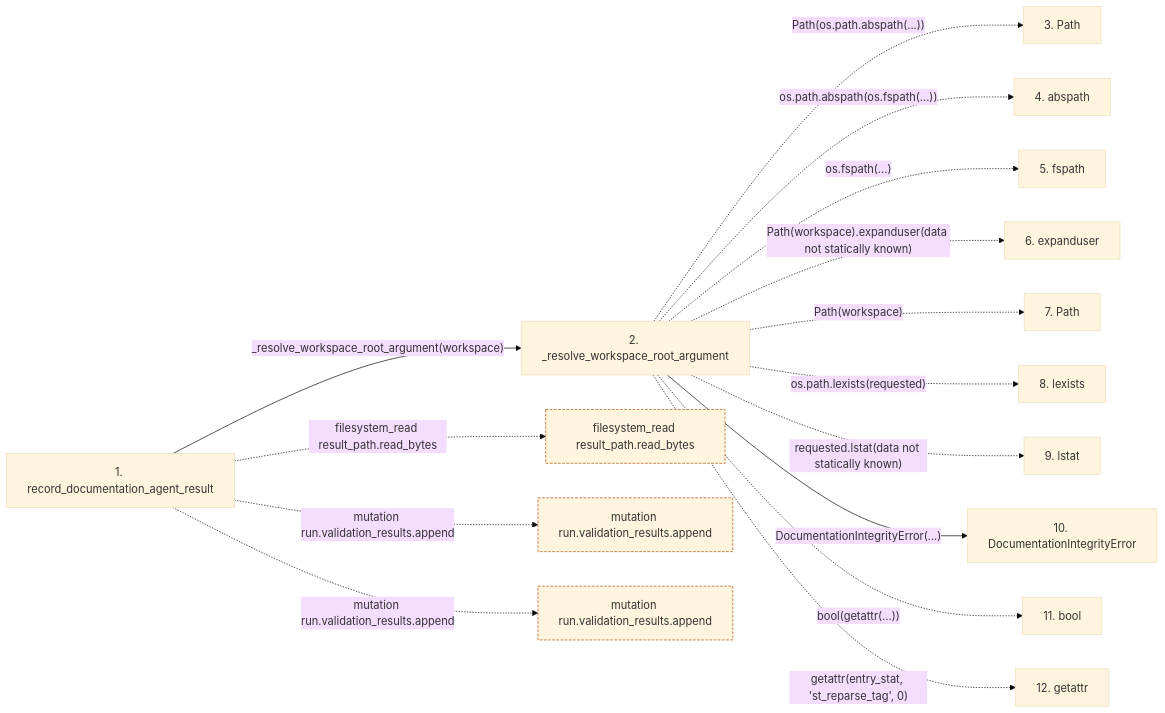
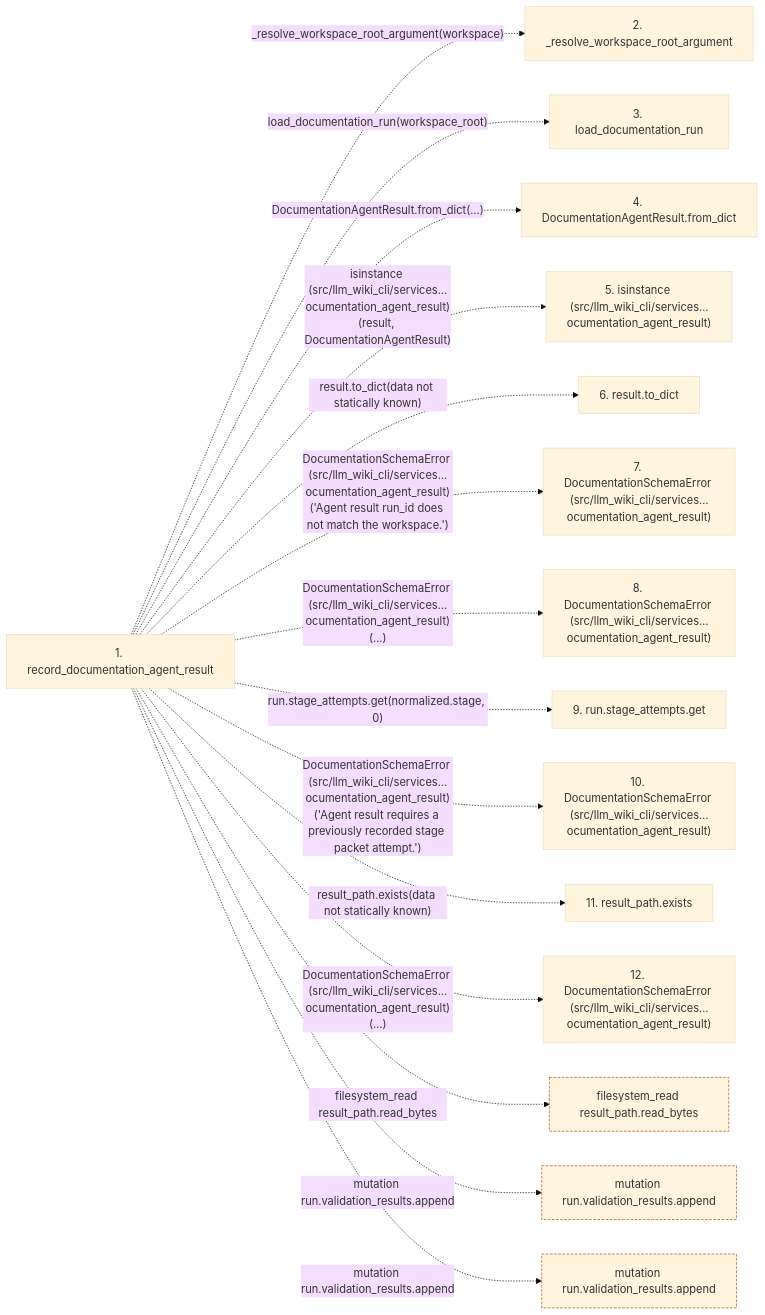
Before and after one commit to Denissvgn/python-wiki-llm: the second of 2 diagrams in docs/llm_wiki/flows/api-record_documentation_agent_result.md, drawn with Mermaid (base theme). The commit also changed other lines of this file and 719 other files, not shown here.

````diff
--- a/docs/llm_wiki/flows/api-record_documentation_agent_result.md
+++ b/docs/llm_wiki/flows/api-record_documentation_agent_result.md
@@ -130,39 +71,37 @@
 ```mermaid
 flowchart LR
     s1["1. record_documentation_agent_result"]
     s2["2. _resolve_workspace_root_argument"]
-    s3["3. Path"]
-    s4["4. abspath"]
-    s5["5. fspath"]
-    s6["6. expanduser"]
-    s7["7. Path"]
-    s8["8. lexists"]
-    s9["9. lstat"]
-    s10["10. DocumentationIntegrityError"]
-    s11["11. bool"]
-    s12["12. getattr"]
-    s1 -->|"_resolve_workspace_root_argument(workspace)"| s2
-    s2 -. "Path(os.path.abspath(...))" .-> s3
-    s2 -. "os.path.abspath(os.fspath(...))" .-> s4
-    s2 -. "os.fspath(...)" .-> s5
-    s2 -. "Path(workspace).expanduser(data not statically known)" .-> s6
-    s2 -. "Path(workspace)" .-> s7
-    s2 -. "os.path.lexists(requested)" .-> s8
-    s2 -. "requested.lstat(data not statically known)" .-> s9
-    s2 -->|"DocumentationIntegrityError(...)"| s10
-    s2 -. "bool(getattr(...))" .-> s11
-    s2 -. "getattr(entry_stat, 'st_reparse_tag', 0)" .-> s12
+    s3["3. load_documentation_run"]
+    s4["4. DocumentationAgentResult.from_dict"]
+    s5["5. isinstance (src/llm_wiki_cli/services…ocumentation_agent_result)"]
+    s6["6. result.to_dict"]
+    s7["7. DocumentationSchemaError (src/llm_wiki_cli/services…ocumentation_agent_result)"]
+    s8["8. DocumentationSchemaError (src/llm_wiki_cli/services…ocumentation_agent_result)"]
+    s9["9. run.stage_attempts.get"]
+    s10["10. DocumentationSchemaError (src/llm_wiki_cli/services…ocumentation_agent_result)"]
+    s11["11. result_path.exists"]
+    s12["12. DocumentationSchemaError (src/llm_wiki_cli/services…ocumentation_agent_result)"]
+    s1 -. "_resolve_workspace_root_argument(workspace)" .-> s2
+    s1 -. "load_documentation_run(workspace_root)" .-> s3
+    s1 -. "DocumentationAgentResult.from_dict(...)" .-> s4
+    s1 -. "isinstance (src/llm_wiki_cli/services…ocumentation_agent_result)(result, DocumentationAgentResult)" .-> s5
+    s1 -. "result.to_dict(data not statically known)" .-> s6
+    s1 -. "DocumentationSchemaError (src/llm_wiki_cli/services…ocumentation_agent_result)('Agent result run_id does not match the workspace.')" .-> s7
+    s1 -. "DocumentationSchemaError (src/llm_wiki_cli/services…ocumentation_agent_result)(...)" .-> s8
+    s1 -. "run.stage_attempts.get(normalized.stage, 0)" .-> s9
+    s1 -. "DocumentationSchemaError (src/llm_wiki_cli/services…ocumentation_agent_result)('Agent result requires a previously recorded stage packet attempt.')" .-> s10
+    s1 -. "result_path.exists(data not statically known)" .-> s11
+    s1 -. "DocumentationSchemaError (src/llm_wiki_cli/services…ocumentation_agent_result)(…)" .-> s12
     b0["filesystem_read result_path.read_bytes"]
     s1 -. "filesystem_read result_path.read_bytes" .-> b0
     b1["mutation run.validation_results.append"]
     s1 -. "mutation run.validation_results.append" .-> b1
     b2["mutation run.validation_results.append"]
     s1 -. "mutation run.validation_results.append" .-> b2
     click s1 "../modules/record.md"
-    click s2 "../modules/workspace.md"
-    click s10 "../modules/documentation_run_contracts.md"
     classDef boundary stroke:#b45309,stroke-dasharray: 4 2
     class b0 boundary
     class b1 boundary
     class b2 boundary
 ```
````
